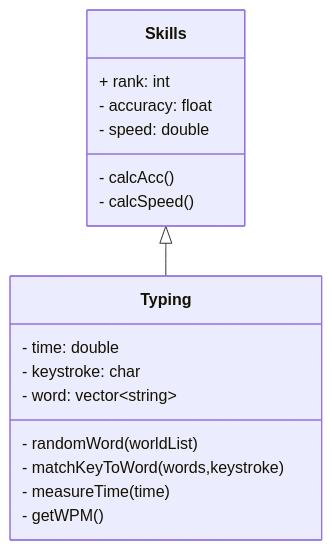
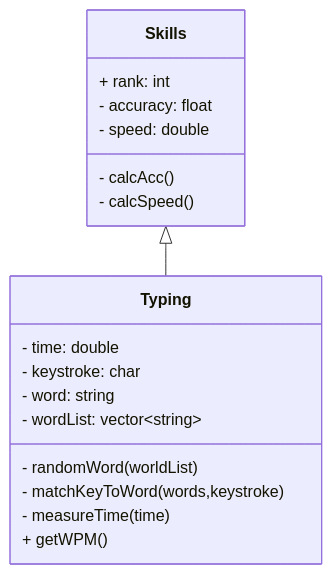
Before and after one commit to tojustis/tippitytappity-design: the diagram in README.md, drawn with Mermaid.

````diff
--- a/README.md
+++ b/README.md
@@ -8,21 +8,22 @@
 ```mermaid
 classDiagram
   Skills <|-- Typing
   class Skills{
         + rank: int
         - accuracy: float
         - speed: double
         - calcAcc()
         - calcSpeed()
   }
   class Typing{
         - time: double
         - keystroke: char
-        - word: vector~string~
+        - word: string
+        - wordList: vector~string~
         - randomWord(worldList)
         - matchKeyToWord(words,keystroke)
         - measureTime(time)
-        - getWPM()
+        + getWPM()
 
   }
 ```
````
